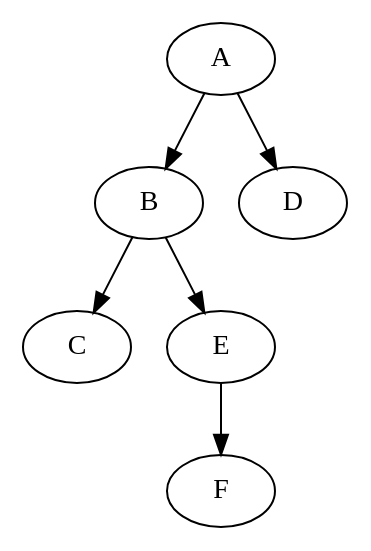
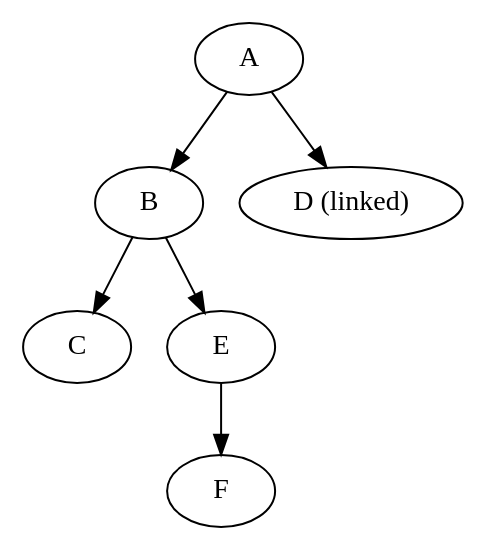
One commit to samwilson/diagrams-service changed the diagram in templates/examples/tree.dot. Above: the diagram before and after it, drawn with Graphviz. The commit also changed 31 other files, not shown here.

```diff
--- a/templates/examples/tree.dot
+++ b/templates/examples/tree.dot
@@ -1,5 +1,6 @@
 digraph G {
   A -> B -> C
   A -> D
   B -> E -> F
+  D [URL="http://example.org/", label="D (linked)"]
 }
```
